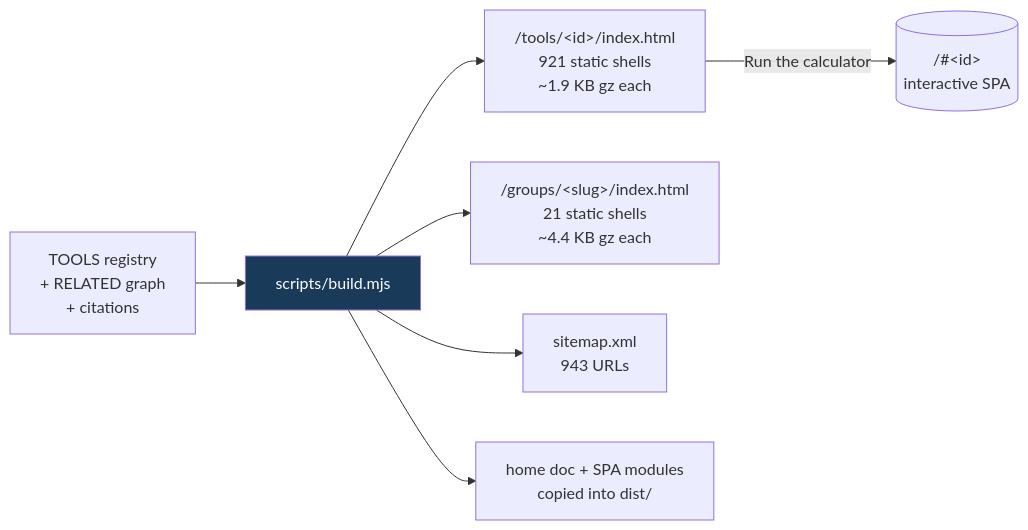
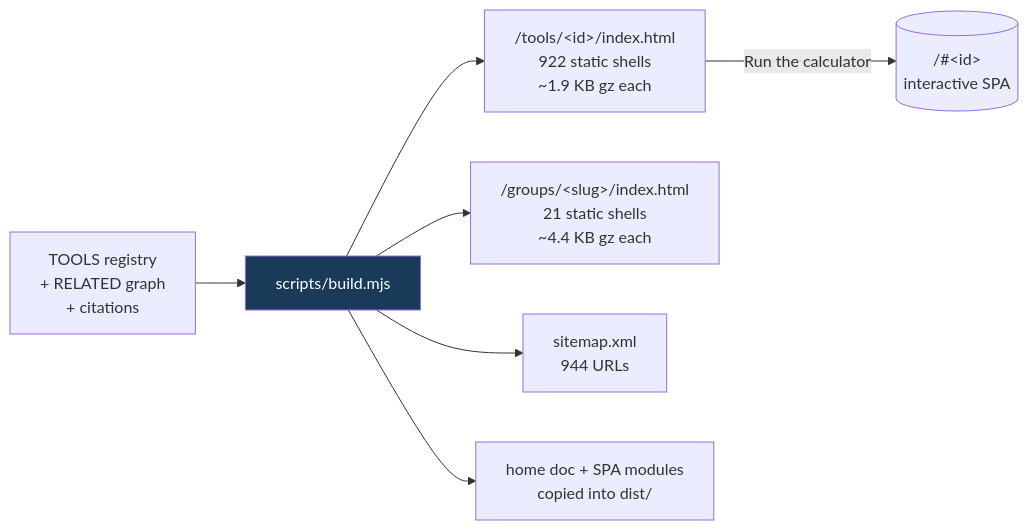
One commit to clay-good/roughlogic.com changed the fifth of 8 diagrams in README.md. Above: the diagram before and after it, drawn with Mermaid. The commit also changed other lines of this file and 18 other files, not shown here.

````diff
--- a/README.md
+++ b/README.md
@@ -495,10 +495,10 @@
 ```mermaid
 flowchart LR
     SRC[TOOLS registry\n+ RELATED graph\n+ citations] --> BUILD[scripts/build.mjs]
-    BUILD --> TILE["/tools/&lt;id&gt;/index.html\n921 static shells\n~1.9 KB gz each"]
+    BUILD --> TILE["/tools/&lt;id&gt;/index.html\n922 static shells\n~1.9 KB gz each"]
     BUILD --> GROUP["/groups/&lt;slug&gt;/index.html\n21 static shells\n~4.4 KB gz each"]
-    BUILD --> MAP["sitemap.xml\n943 URLs"]
+    BUILD --> MAP["sitemap.xml\n944 URLs"]
     BUILD --> COPY[home doc + SPA modules\ncopied into dist/]
     TILE -->|Run the calculator| SPA[("/#&lt;id&gt;\ninteractive SPA")]
     style BUILD fill:#1a3a5a,color:#fff
 ```
````
